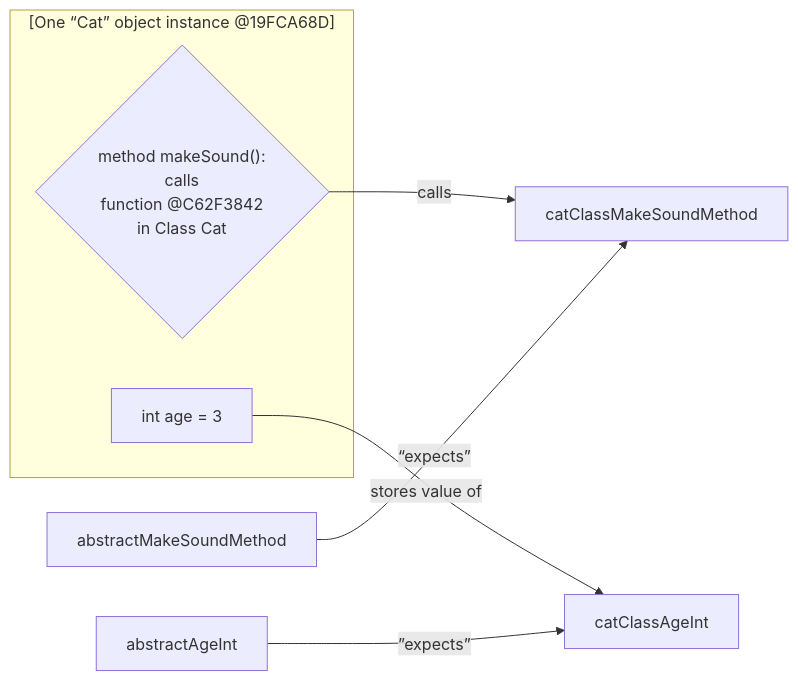
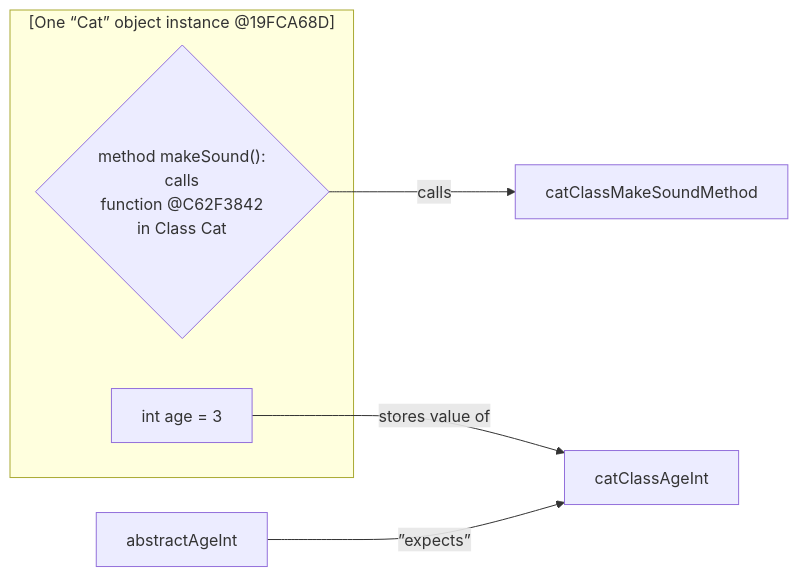
One commit to realityexpander/How_to_program_from_ground_up changed the first of 5 diagrams in 09-ClassOrientedProgramming.md. Above: the diagram before and after it, drawn with Mermaid.

Commit message:
Add to COP

````diff
--- a/09-ClassOrientedProgramming.md
+++ b/09-ClassOrientedProgramming.md
@@ -28,39 +28,39 @@
     ```mermaid
       flowchart LR
       
       catObjectMakeSoundMethodFunctionPointer -- calls --> catClassMakeSoundMethod:::Object
       catObjectAgeInt -- stores value of --> catClassAgeInt
       subgraph catObject["[One “Cat” object instance @19FCA68D]"]
           catObjectAgeInt["int age = 3"]
           catObjectMakeSoundMethodFunctionPointer{"method makeSound(): 
                                              calls 
                                        function @C62F3842
                                        in Class Cat"}
       end
       abstractAgeInt -- ”expects” --> catClassAgeInt
-      abstractMakeSoundMethod -- “expects” --> catClassMakeSoundMethod:::Object
-%%      catClassAgeInt -- implements --> abstractAgeInt:::Abstract
+%%    abstractMakeSoundMethod -- “expects” --> catClassMakeSoundMethod:::Object
+%%    catClassAgeInt -- implements --> abstractAgeInt:::Abstract
 %%    subgraph classCat["class Cat extends Animal"]
 %%        catClassAgeInt["int age"]
 %%        catClassMakeSoundMethod["function @C62F3842:  
 %%                    method makeSound() =
 %%                    { print Meow }"]
 %%    end
 %%      
 %%      classCat -- creates object --> catObject:::Object
 %%      classCat -- extends --> abstractAnimal:::Abstract
 %%      catClassMakeSoundMethod -- implements --> abstractMakeSoundMethod:::Abstract
 %%      subgraph abstractAnimal["abstract class Animal"]
 %%        abstractAgeInt["abstract int age"]
 %%        abstractMakeSoundMethod["abstract method 
 %%                                 makeSound()"]
 %%      end
 %%      
 %%      classDef Abstract fill:#222, stroke:#0F0, stroke-width:1px, color:#fff, stroke-dasharray: 5 5
 %%      classDef Class fill:#444, stroke:#00F, stroke-width:1px, color:#000, stroke-dasharray: 5 5
 %%      style classCat fill:#444, stroke:#DDD, stroke-width:1px, color:#000, stroke-dasharray: 5 5
 %%      style catClassAgeInt fill:#444, stroke:#DDD, stroke-width:1px, color:#FFF, stroke-dasharray: 5 5
 %%      classDef Object fill:#55F, stroke:#FFF, stroke-width:3px, color:#fff
 %%      style catObjectAgeInt fill:#55F, stroke:#FFF, stroke-width:3px, color:#fff
 %%      style catObjectMakeSoundMethodFunctionPointer fill:#222, stroke:#DDD, stroke-width:1px, color:#000, stroke-dasharray: 5 5
     ```
````
